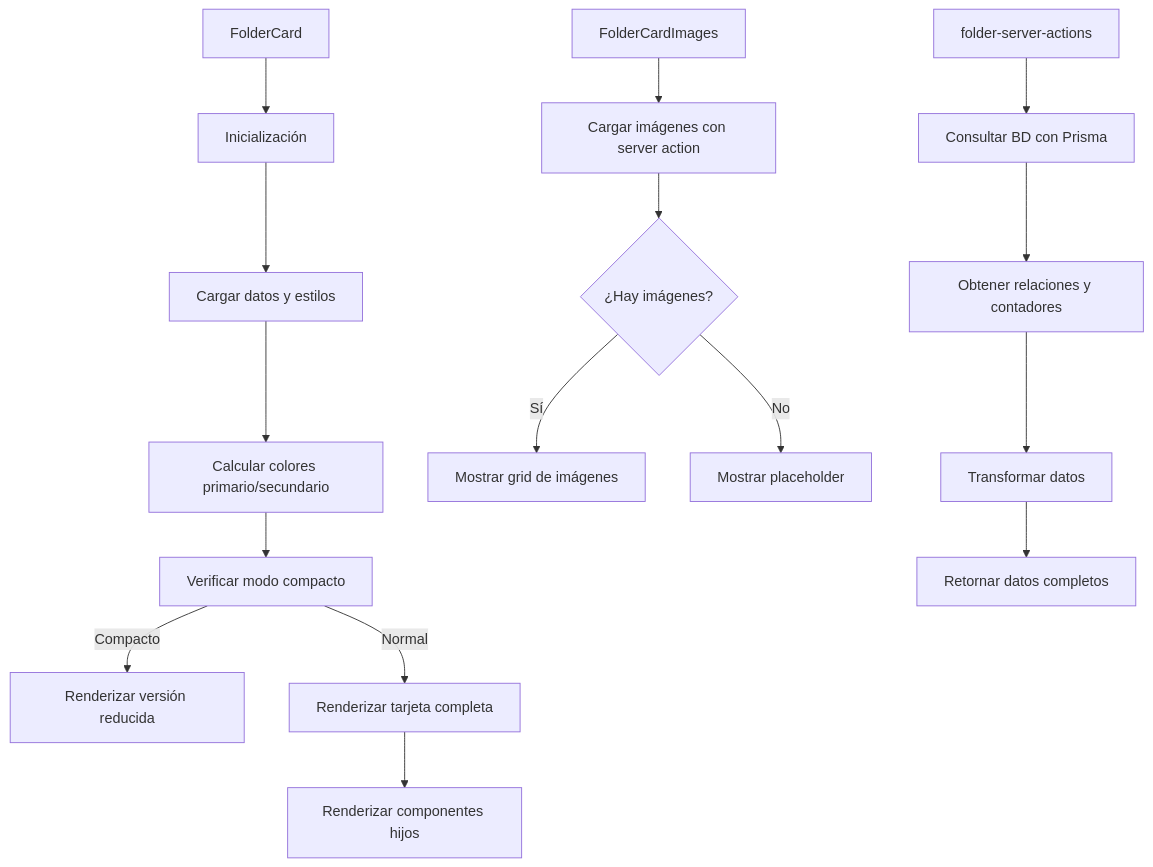
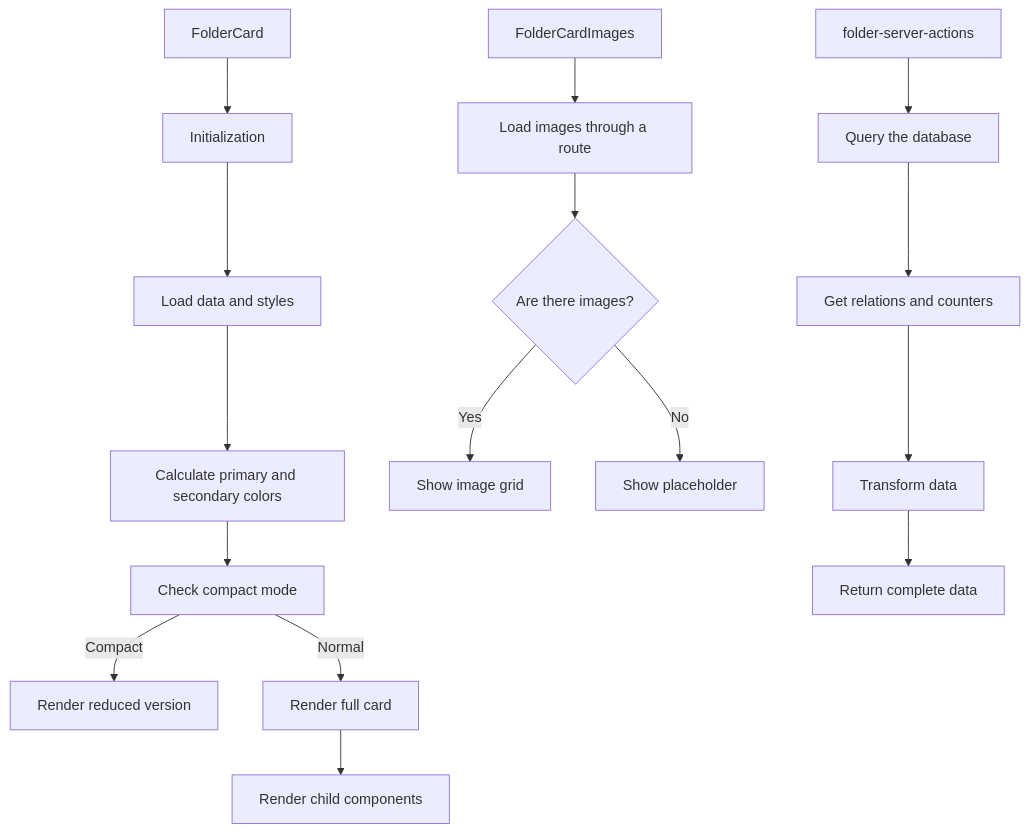
One commit to gvastethecreator/media-manager changed the diagram in src/components/cards/folder-card/README.md. Above: the diagram before and after it, drawn with Mermaid. The commit also changed other lines of this file and 98 other files, not shown here.

Commit message:
docs: initialize comprehensive architectural documentation and component-level README files across the repository.

````diff
--- a/src/components/cards/folder-card/README.md
+++ b/src/components/cards/folder-card/README.md
@@ -19,20 +21,20 @@
 ```mermaid
 graph TD
-    A[FolderCard] --> B[Inicialización]
-    B --> C[Cargar datos y estilos]
-    C --> D[Calcular colores primario/secundario]
-    D --> E[Verificar modo compacto]
-    E -->|Compacto| F[Renderizar versión reducida]
-    E -->|Normal| G[Renderizar tarjeta completa]
-    G --> H[Renderizar componentes hijos]
+    A[FolderCard] --> B[Initialization]
+    B --> C[Load data and styles]
+    C --> D[Calculate primary and secondary colors]
+    D --> E[Check compact mode]
+    E -->|Compact| F[Render reduced version]
+    E -->|Normal| G[Render full card]
+    G --> H[Render child components]
 
-    I[FolderCardImages] --> J[Cargar imágenes con server action]
-    J --> K{¿Hay imágenes?}
-    K -->|Sí| L[Mostrar grid de imágenes]
-    K -->|No| M[Mostrar placeholder]
+    I[FolderCardImages] --> J[Load images through a route]
+    J --> K{Are there images?}
+    K -->|Yes| L[Show image grid]
+    K -->|No| M[Show placeholder]
 
-    N[folder-server-actions] --> O[Consultar BD con Prisma]
-    O --> P[Obtener relaciones y contadores]
-    P --> Q[Transformar datos]
-    Q --> R[Retornar datos completos]
+    N[folder-server-actions] --> O[Query the database]
+    O --> P[Get relations and counters]
+    P --> Q[Transform data]
+    Q --> R[Return complete data]
 ```
````
